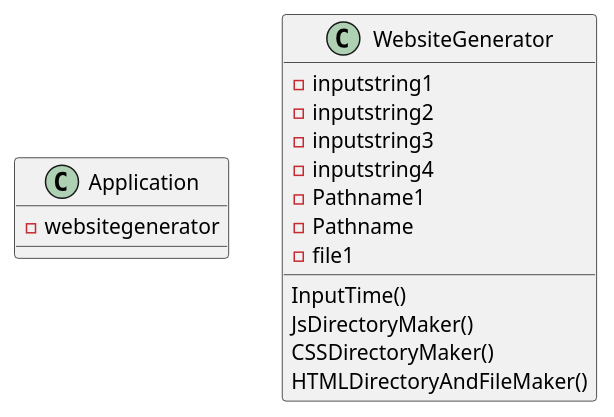
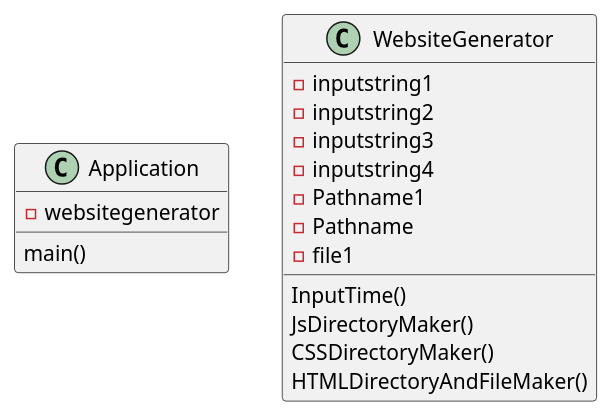
The diagram in src/main/java/oop/assignment3/ex43/exercise43_Diagram.puml (Awesome-wolf-101/ashby-cop3330-assignment3), drawn with PlantUML before and after one commit. The commit also changed 20 other files, not shown here.

```diff
--- a/src/main/java/oop/assignment3/ex43/exercise43_Diagram.puml
+++ b/src/main/java/oop/assignment3/ex43/exercise43_Diagram.puml
@@ -1,25 +1,27 @@
 @startuml
 'https://plantuml.com/sequence-diagram
 
 class Application{
 -websitegenerator
+
+main()
 }
 
 class WebsiteGenerator{
 -inputstring1
 -inputstring2
 -inputstring3
 -inputstring4
 -Pathname1
 -Pathname
 -file1
 
 
 
 InputTime()
 JsDirectoryMaker()
 CSSDirectoryMaker()
 HTMLDirectoryAndFileMaker()
 }
 
 @enduml
```
